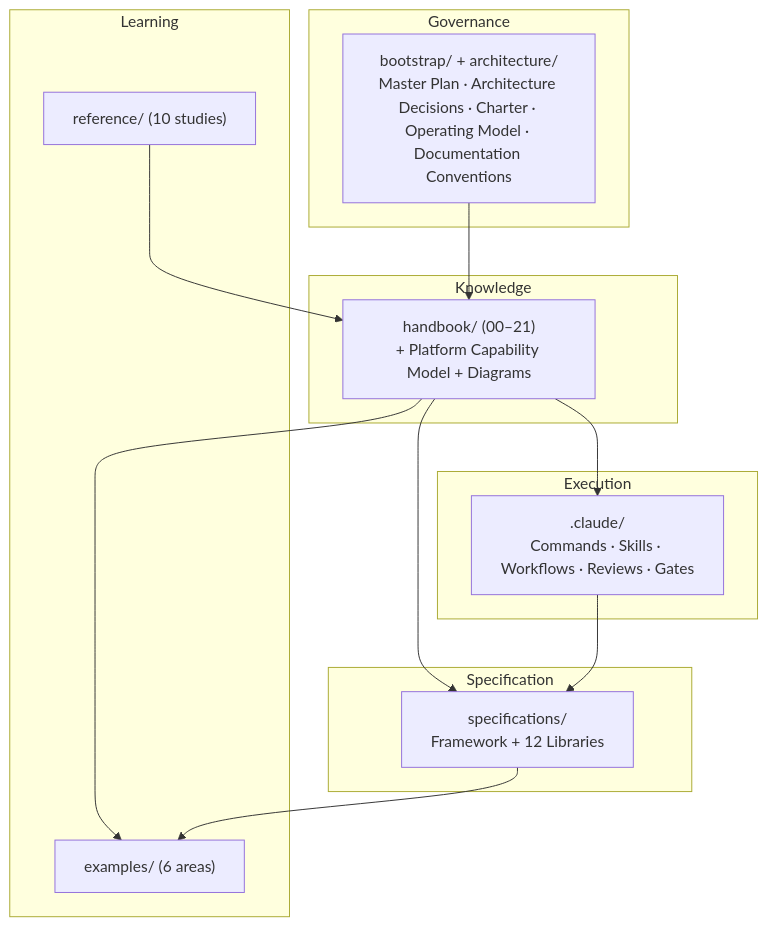
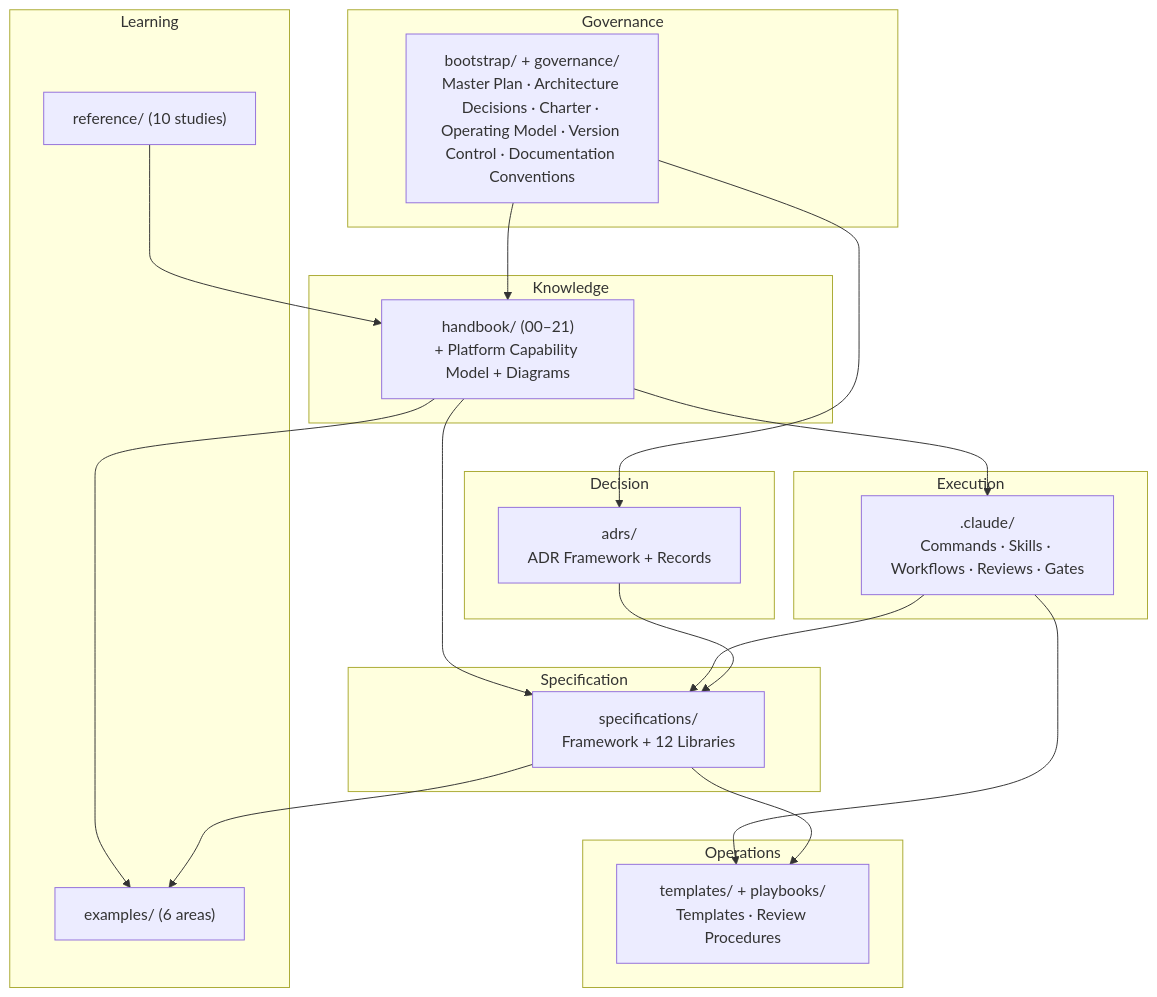
Before and after one commit to willianmarcel/agent-platform-engineering-framework: the diagram in docs/FRAMEWORK_MAP.md, drawn with Mermaid. The commit also changed other lines of this file and 33 other files, not shown here.

````diff
--- a/docs/FRAMEWORK_MAP.md
+++ b/docs/FRAMEWORK_MAP.md
@@ -20,26 +22,36 @@
 ```mermaid
 graph TB
   subgraph Governance
-    G["bootstrap/ + architecture/<br/>Master Plan · Architecture Decisions · Charter · Operating Model · Documentation Conventions"]
+    G["bootstrap/ + governance/<br/>Master Plan · Architecture Decisions · Charter · Operating Model · Version Control · Documentation Conventions"]
   end
   subgraph Knowledge
     H["handbook/ (00–21)<br/>+ Platform Capability Model + Diagrams"]
   end
   subgraph Execution
     E[".claude/<br/>Commands · Skills · Workflows · Reviews · Gates"]
   end
   subgraph Specification
     S["specifications/<br/>Framework + 12 Libraries"]
   end
+  subgraph Decision
+    D["adrs/<br/>ADR Framework + Records"]
+  end
+  subgraph Operations
+    O["templates/ + playbooks/<br/>Templates · Review Procedures"]
+  end
   subgraph Learning
     R["reference/ (10 studies)"]
     X["examples/ (6 areas)"]
   end
   G --> H
   H --> E
   H --> S
   E --> S
+  G --> D
+  D --> S
+  E --> O
+  S --> O
   H --> X
   R --> H
   S --> X
 ```
````
